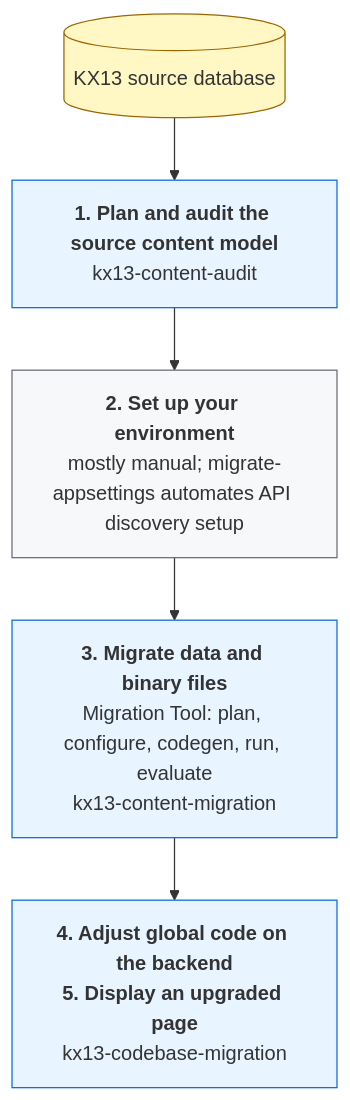
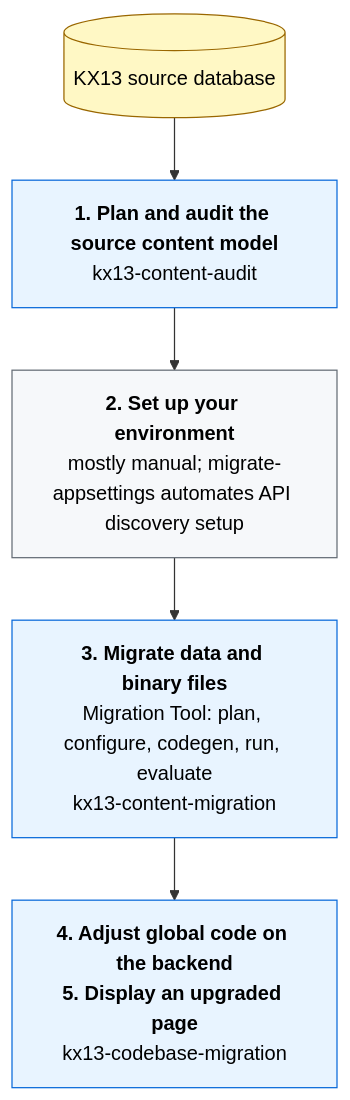
Before and after one commit to Kentico/xperience-by-kentico-kenticopilot: the diagram in docs/KX13-Upgrade-Plugins.md, drawn with Mermaid.

Commit message:
update diagram

````diff
--- a/docs/KX13-Upgrade-Plugins.md
+++ b/docs/KX13-Upgrade-Plugins.md
@@ -19,19 +19,19 @@
 ```mermaid
 flowchart TD
     db[(KX13 source database)]
     audit["<b>1. Plan and audit the source content model</b><br/>kx13-content-audit"]
     env["<b>2. Set up your environment</b><br/>mostly manual; migrate-appsettings automates API discovery setup"]
     data["<b>3. Migrate data and binary files</b><br/>Migration Tool: plan, configure, codegen, run, evaluate<br/>kx13-content-migration"]
     code["<b>4. Adjust global code on the backend</b><br/><b>5. Display an upgraded page</b><br/>kx13-codebase-migration"]
-
+ 
     db --> audit
     audit --> env
     env --> data
     data --> code
-
-    style audit fill:#e8f4ff,stroke:#0969da
-    style data fill:#e8f4ff,stroke:#0969da
-    style code fill:#e8f4ff,stroke:#0969da
-    style env fill:#f6f8fa,stroke:#656d76
-    style db fill:#fff8c5,stroke:#9a6700
+ 
+    style audit fill:#e8f4ff,stroke:#0969da,color:#000
+    style data fill:#e8f4ff,stroke:#0969da,color:#000
+    style code fill:#e8f4ff,stroke:#0969da,color:#000
+    style env fill:#f6f8fa,stroke:#656d76,color:#000
+    style db fill:#fff8c5,stroke:#9a6700,color:#000
 ```
````
